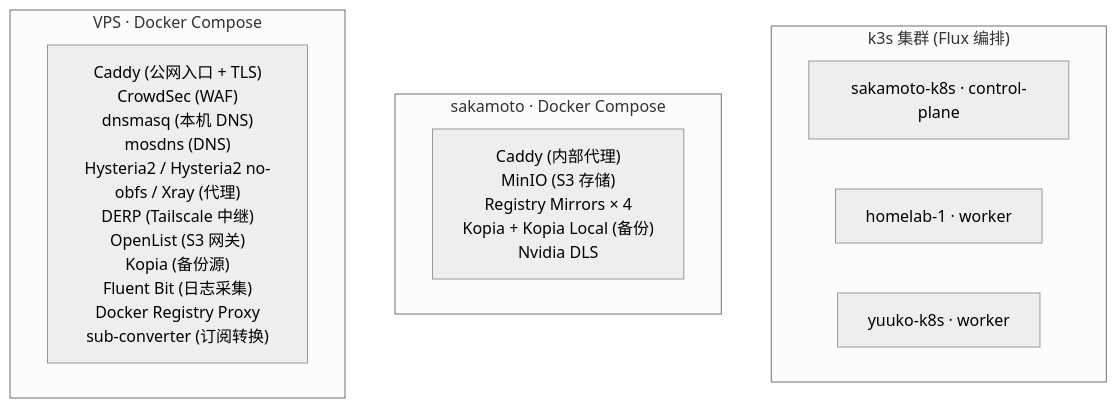
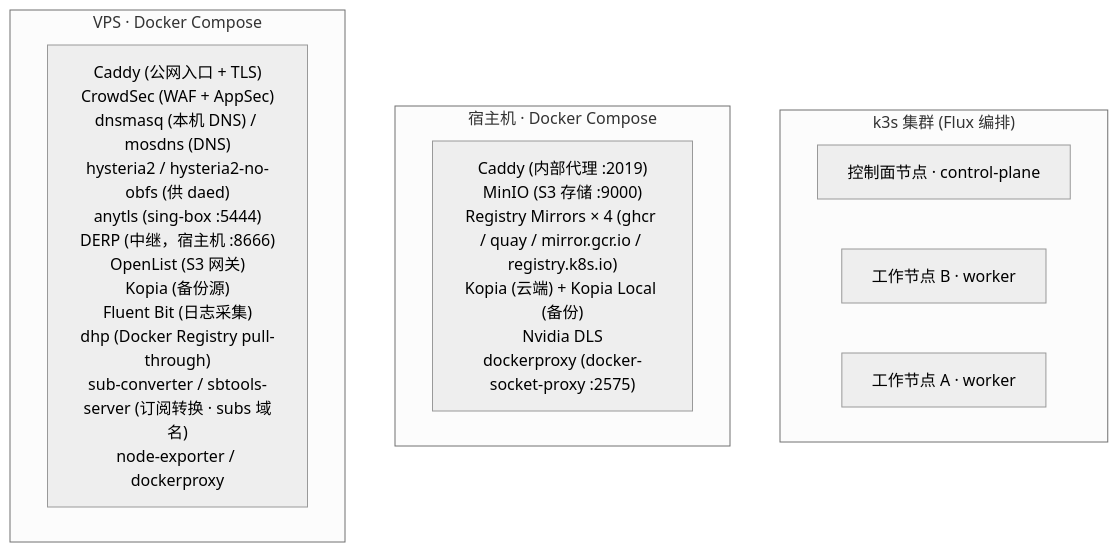
One commit to shelken/home-ops changed the third of 9 diagrams in docs/ARCHITECTURE.md. Above: the diagram before and after it, drawn with Mermaid (neutral theme). The commit also changed other lines of this file and 1 other file, not shown here.

First line of the commit message:
docs(architecture): 统一集群全景架构动态图与文档并完成脱敏 (#1578)

````diff
--- a/docs/ARCHITECTURE.md
+++ b/docs/ARCHITECTURE.md
@@ -112,30 +118,32 @@
 ```mermaid
 graph TB
     subgraph K3S["k3s 集群 (Flux 编排)"]
-        NODE_SAKA["sakamoto-k8s · control-plane"]
-        NODE_H1["homelab-1 · worker"]
-        NODE_YUUKO["yuuko-k8s · worker"]
+        NODE_SAKA["控制面节点 · control-plane"]
+        NODE_H1["工作节点 B · worker"]
+        NODE_YUUKO["工作节点 A · worker"]
     end
 
-    subgraph COMPOSE_SAKA["sakamoto · Docker Compose"]
-        CD_SAKA["Caddy (内部代理)
-MinIO (S3 存储)
-Registry Mirrors × 4
-Kopia + Kopia Local (备份)
-Nvidia DLS"]
+    subgraph COMPOSE_SAKA["宿主机 · Docker Compose"]
+        CD_SAKA["Caddy (内部代理 :2019)
+MinIO (S3 存储 :9000)
+Registry Mirrors × 4 (ghcr / quay / mirror.gcr.io / registry.k8s.io)
+Kopia (云端) + Kopia Local (备份)
+Nvidia DLS
+dockerproxy (docker-socket-proxy :2575)"]
     end
 
     subgraph COMPOSE_VPS["VPS · Docker Compose"]
         CD_VPS["Caddy (公网入口 + TLS)
-CrowdSec (WAF)
-dnsmasq (本机 DNS)
-mosdns (DNS)
-Hysteria2 / Hysteria2 no-obfs / Xray (代理)
-DERP (Tailscale 中继)
+CrowdSec (WAF + AppSec)
+dnsmasq (本机 DNS) / mosdns (DNS)
+hysteria2 / hysteria2-no-obfs (供 daed)
+anytls (sing-box :5444)
+DERP (中继，宿主机 :8666)
 OpenList (S3 网关)
 Kopia (备份源)
 Fluent Bit (日志采集)
-Docker Registry Proxy
-sub-converter (订阅转换)"]
+dhp (Docker Registry pull-through)
+sub-converter / sbtools-server (订阅转换 · subs 域名)
+node-exporter / dockerproxy"]
     end
 ```
````
